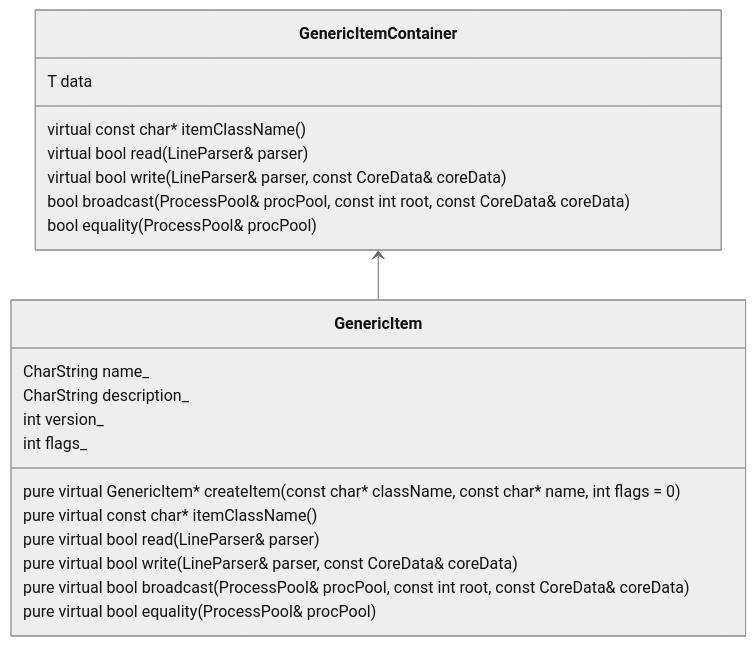
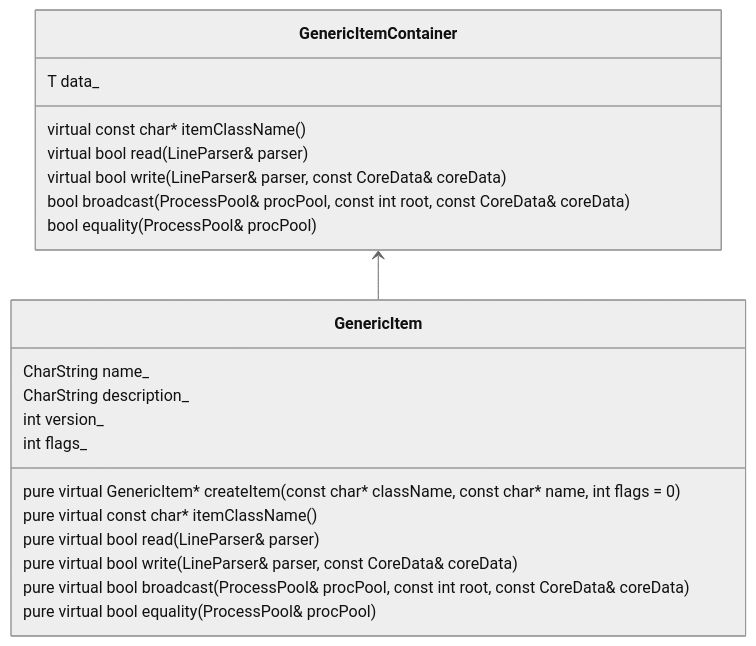
One commit to disorderedmaterials/dissolve changed the diagram in docs/Developers/Overviews/DataManagement.md. Above: the diagram before and after it, drawn with Mermaid (neutral theme). The commit also changed other lines of this file, not shown here.

Commit message:
Complete data management.

````diff
--- a/docs/Developers/Overviews/DataManagement.md
+++ b/docs/Developers/Overviews/DataManagement.md
@@ -52,20 +50,20 @@
 ```mermaid
 classDiagram
   GenericItemContainer <-- GenericItem
-  GenericItemContainer : T data
+  GenericItemContainer : T data_
   GenericItemContainer : virtual const char* itemClassName()
   GenericItemContainer : virtual bool read(LineParser& parser)
   GenericItemContainer : virtual bool write(LineParser& parser, const CoreData& coreData)
   GenericItemContainer : bool broadcast(ProcessPool& procPool, const int root, const CoreData& coreData)
   GenericItemContainer : bool equality(ProcessPool& procPool)
   GenericItem : CharString name_
   GenericItem : CharString description_
   GenericItem : int version_
   GenericItem : int flags_
   GenericItem : pure virtual GenericItem* createItem(const char* className, const char* name, int flags = 0)
   GenericItem : pure virtual const char* itemClassName()
   GenericItem : pure virtual bool read(LineParser& parser)
   GenericItem : pure virtual bool write(LineParser& parser, const CoreData& coreData)
   GenericItem : pure virtual bool broadcast(ProcessPool& procPool, const int root, const CoreData& coreData)
   GenericItem : pure virtual bool equality(ProcessPool& procPool)
 ```
````
